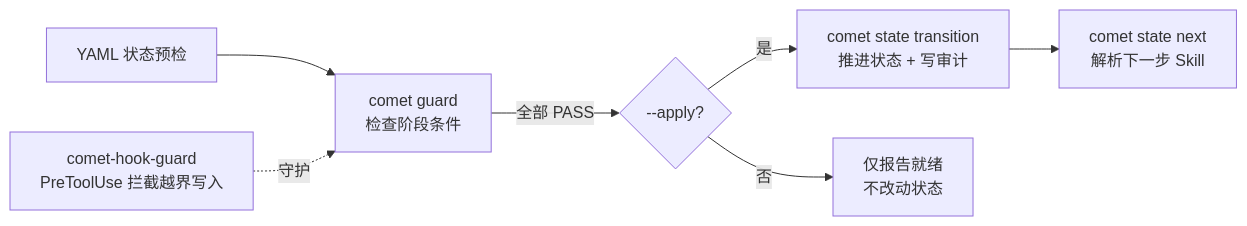
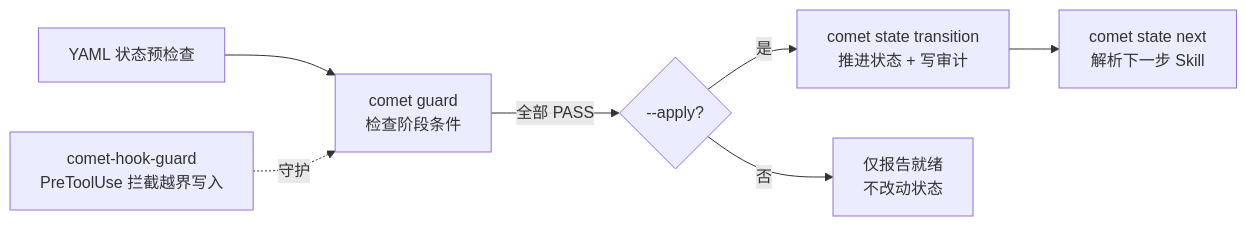
One commit to rpamis/comet-website-docs changed the diagram in zh/scripts/overview.mdx. Above: the diagram before and after it, drawn with Mermaid. The commit also changed other lines of this file and 74 other files, not shown here.

````diff
--- a/zh/scripts/overview.mdx
+++ b/zh/scripts/overview.mdx
@@ -74,9 +74,9 @@
 ```mermaid
 flowchart LR
-    A["YAML 状态预检"] --> B["comet guard<br/>检查阶段条件"]
+    A["YAML 状态预检查"] --> B["comet guard<br/>检查阶段条件"]
     B -->|全部 PASS| C{"--apply?"}
     C -->|是| D["comet state transition<br/>推进状态 + 写审计"]
     C -->|否| E["仅报告就绪<br/>不改动状态"]
     D --> F["comet state next<br/>解析下一步 Skill"]
     H["comet-hook-guard<br/>PreToolUse 拦截越界写入"] -.守护.-> B
 ```
````
